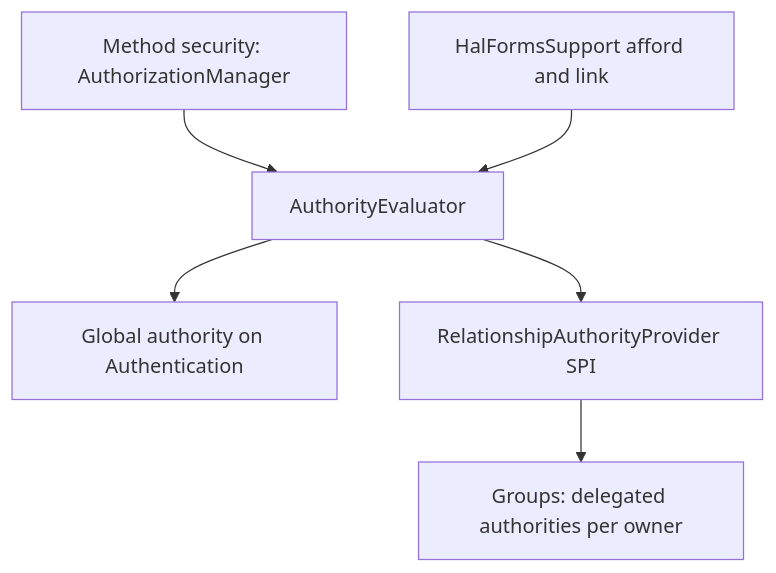
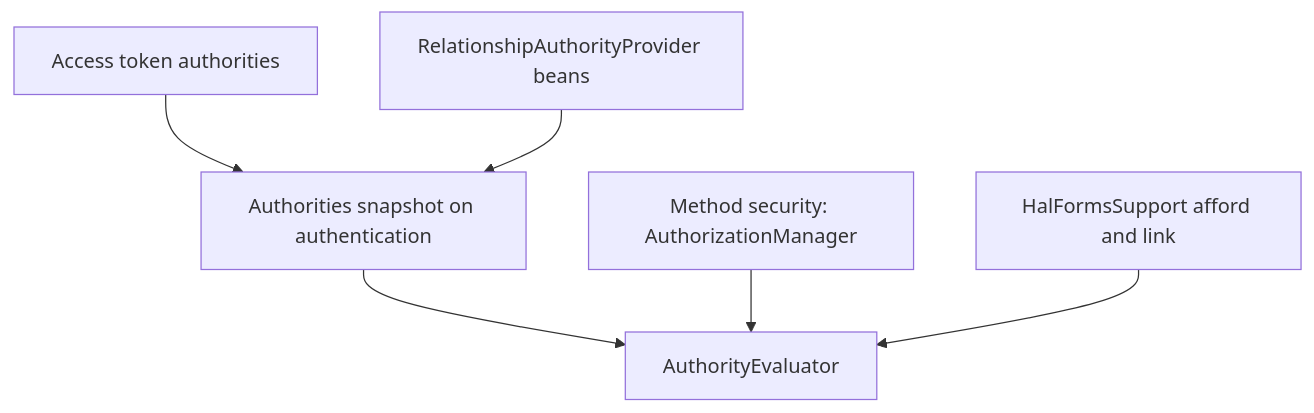
Before and after one commit to zabiny/klabis: the first of 2 diagrams in openspec/changes/add-rebac-authorization/design.md, drawn with Mermaid. The commit also changed other lines of this file and 4 other files, not shown here.

````diff
--- a/openspec/changes/add-rebac-authorization/design.md
+++ b/openspec/changes/add-rebac-authorization/design.md
@@ -40,8 +51,8 @@
 ```mermaid
 flowchart TD
-    M[Method security: AuthorizationManager] --> E[AuthorityEvaluator]
+    JWT[Access token authorities] --> S[Authorities snapshot on authentication]
+    P[RelationshipAuthorityProvider beans] --> S
+    S --> E[AuthorityEvaluator]
+    M[Method security: AuthorizationManager] --> E
     H[HalFormsSupport afford and link] --> E
-    E --> G[Global authority on Authentication]
-    E --> R[RelationshipAuthorityProvider SPI]
-    R --> Q[Groups: delegated authorities per owner]
 ```
````
